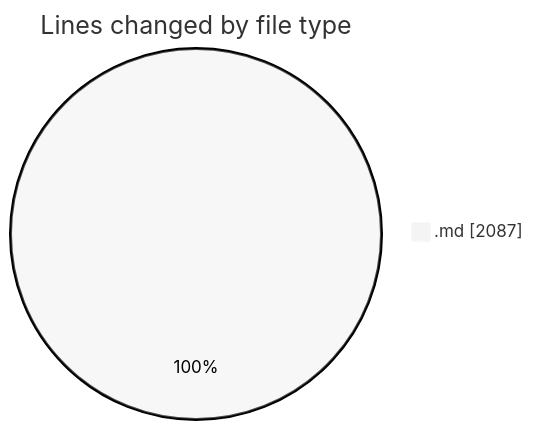
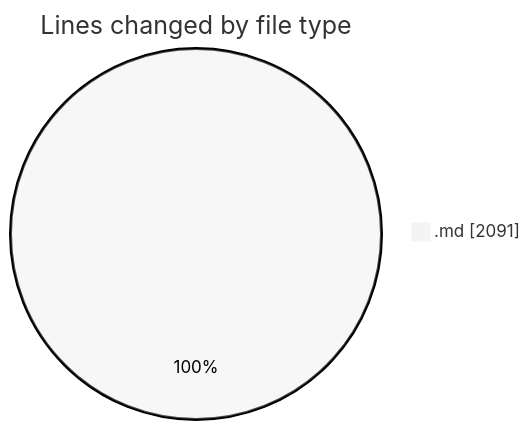
Before and after one commit to Ritupan-Deka/code-tracking: the first of 2 diagrams in 2025-07-07/urlwebwala_intership_work/README.md, drawn with Mermaid (neutral theme). The commit also changed other lines of this file and 1 other file, not shown here.

````diff
--- a/2025-07-07/urlwebwala_intership_work/README.md
+++ b/2025-07-07/urlwebwala_intership_work/README.md
@@ -22,5 +22,5 @@
 ```mermaid
 pie showData
 title Lines changed by file type
-".md" : 2087
+".md" : 2091
 ```
````
